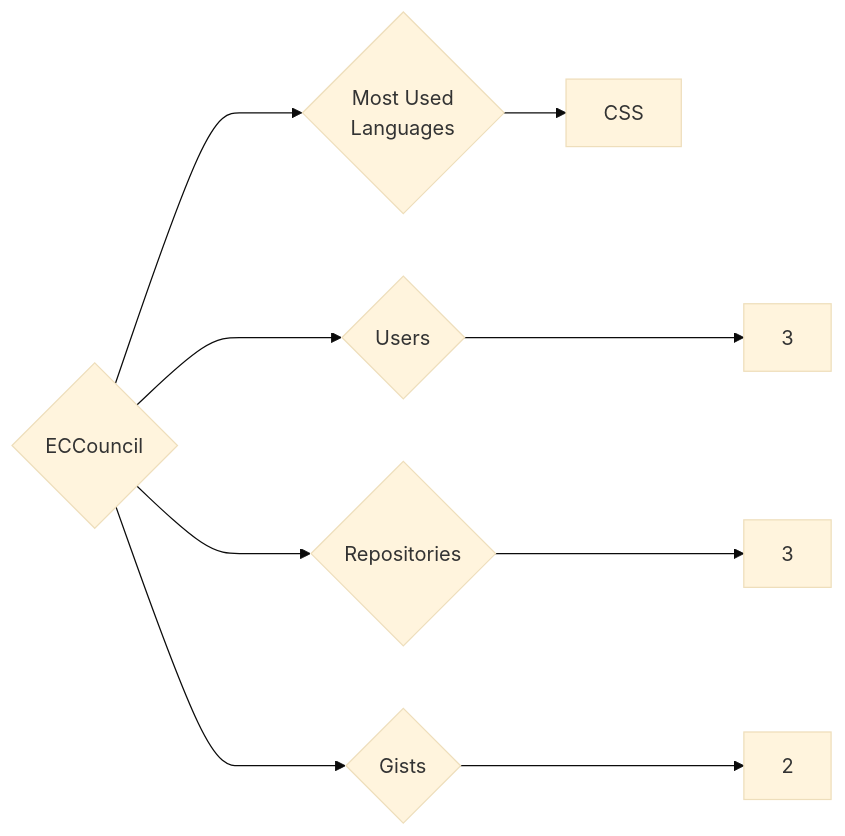
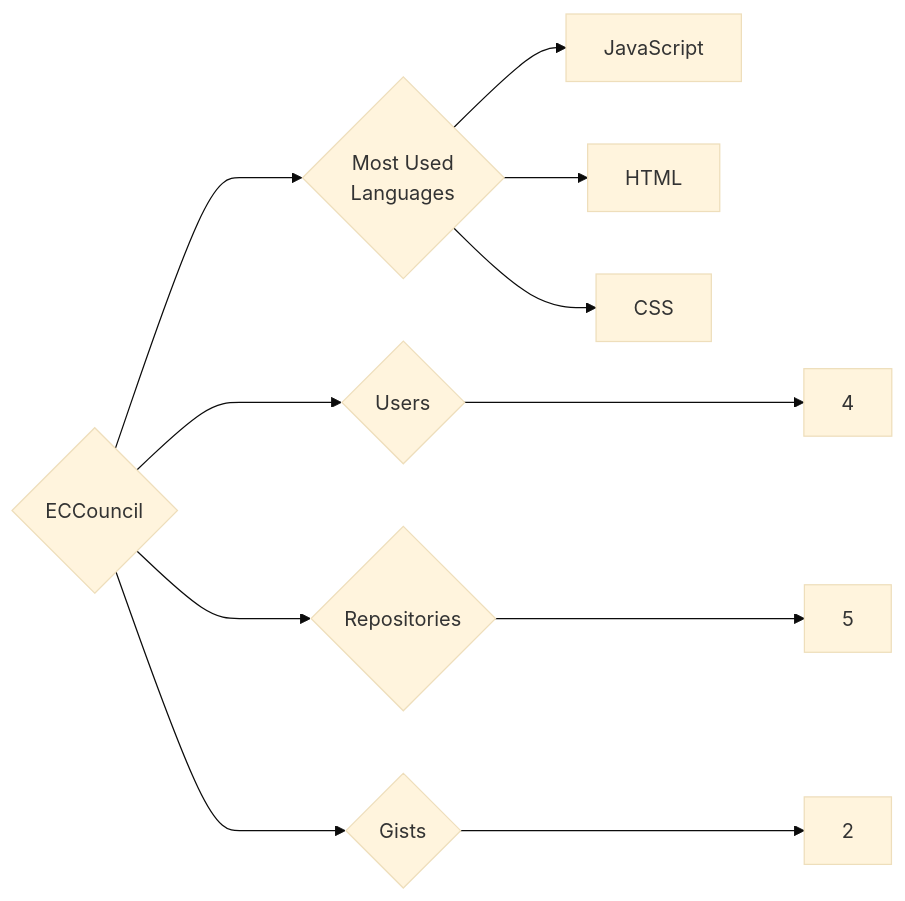
One commit to trickest/insiders changed the diagram in targets/ECCouncil/README.md. Above: the diagram before and after it, drawn with Mermaid (base theme). The commit also changed 865 other files, not shown here.

````diff
--- a/targets/ECCouncil/README.md
+++ b/targets/ECCouncil/README.md
@@ -3,9 +3,11 @@
 ```mermaid
 graph LR
 COMPANY_NAME{ECCouncil}
-COMPANY_NAME ---> U{Users} ---> UN[3]
-COMPANY_NAME ---> R{Repositories} ---> RN[3]
+COMPANY_NAME ---> U{Users} ---> UN[4]
+COMPANY_NAME ---> R{Repositories} ---> RN[5]
 COMPANY_NAME ---> G{Gists} ---> GN[2]
 COMPANY_NAME ---> ML{Most Used<br>Languages}
+ML --> JavaScript[JavaScript]
+ML --> HTML[HTML]
 ML --> CSS[CSS]
 ```
````
